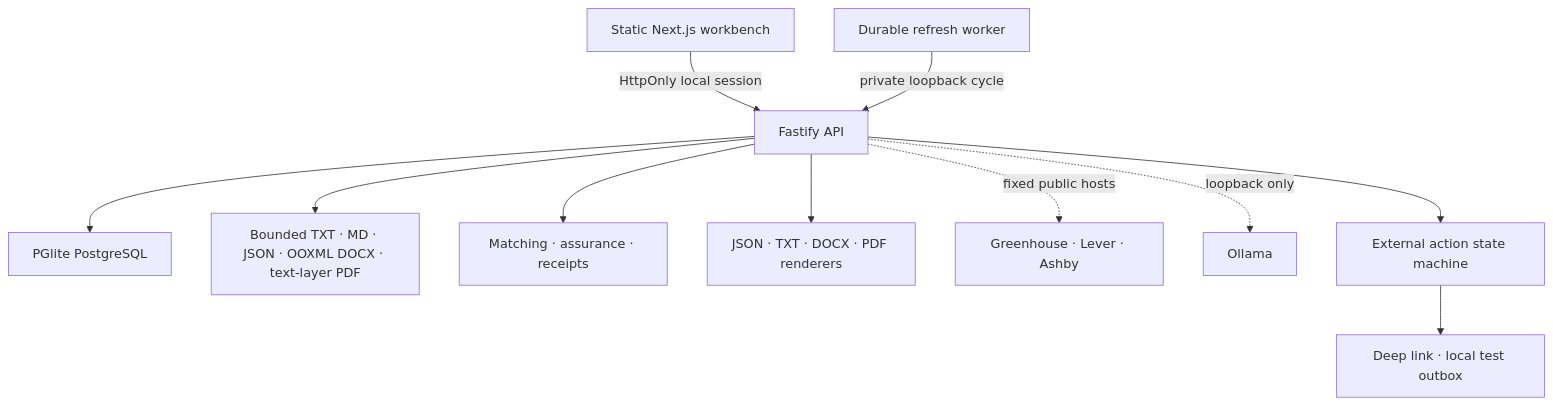
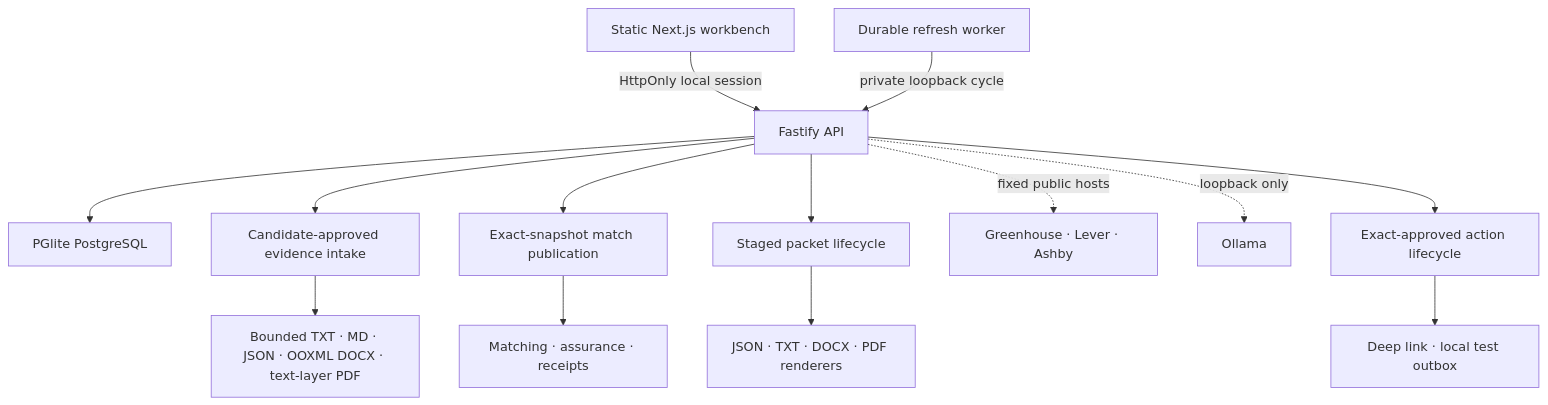
One commit to udhawan97/Nimanto changed the first of 2 diagrams in docs/architecture/system.md. Above: the diagram before and after it, drawn with Mermaid. The commit also changed other lines of this file and 51 other files, not shown here.

````diff
--- a/docs/architecture/system.md
+++ b/docs/architecture/system.md
@@ -15,13 +15,16 @@
 ```mermaid
 flowchart TB
   Browser["Static Next.js workbench"] -->|"HttpOnly local session"| API["Fastify API"]
   API --> Store["PGlite PostgreSQL"]
-  API --> Parsers["Bounded TXT · MD · JSON · OOXML DOCX · text-layer PDF"]
-  API --> Domain["Matching · assurance · receipts"]
-  API --> Documents["JSON · TXT · DOCX · PDF renderers"]
+  API --> Intake["Candidate-approved evidence intake"]
+  Intake --> Parsers["Bounded TXT · MD · JSON · OOXML DOCX · text-layer PDF"]
+  API --> Publication["Exact-snapshot match publication"]
+  Publication --> Domain["Matching · assurance · receipts"]
+  API --> Packet["Staged packet lifecycle"]
+  Packet --> Documents["JSON · TXT · DOCX · PDF renderers"]
   Worker["Durable refresh worker"] -->|"private loopback cycle"| API
   API -. "fixed public hosts" .-> ATS["Greenhouse · Lever · Ashby"]
   API -. "loopback only" .-> Model["Ollama"]
-  API --> Gate["External action state machine"]
+  API --> Gate["Exact-approved action lifecycle"]
   Gate --> Outbox["Deep link · local test outbox"]
 ```
````
